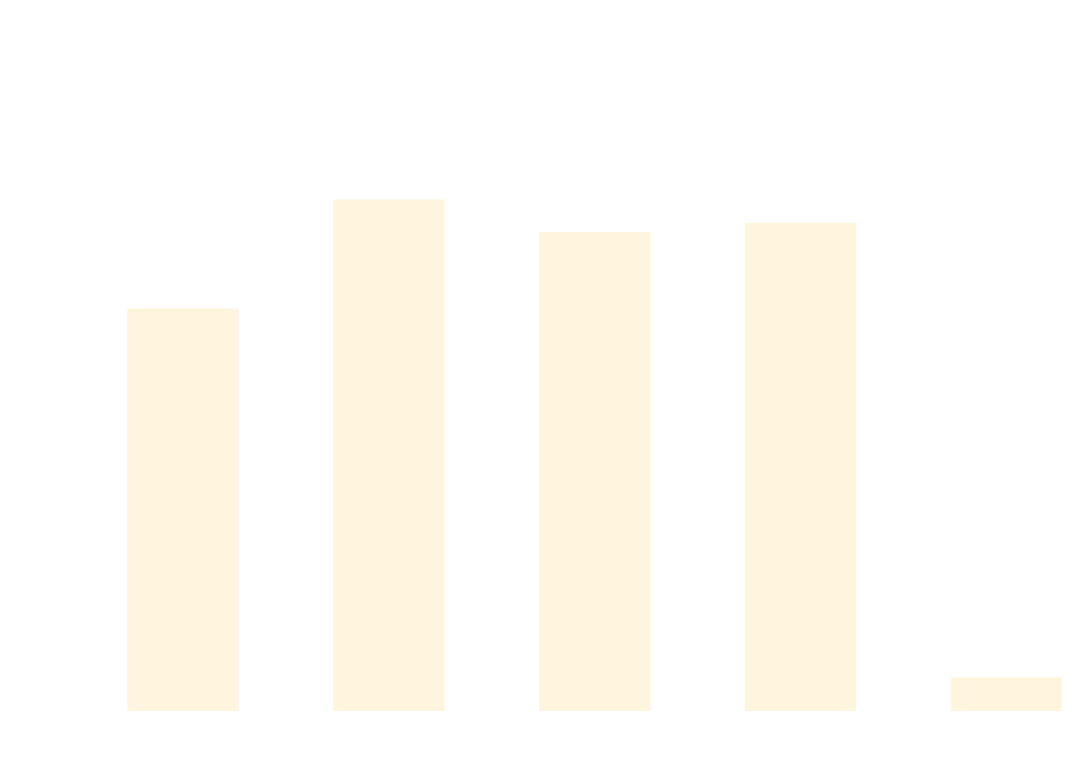
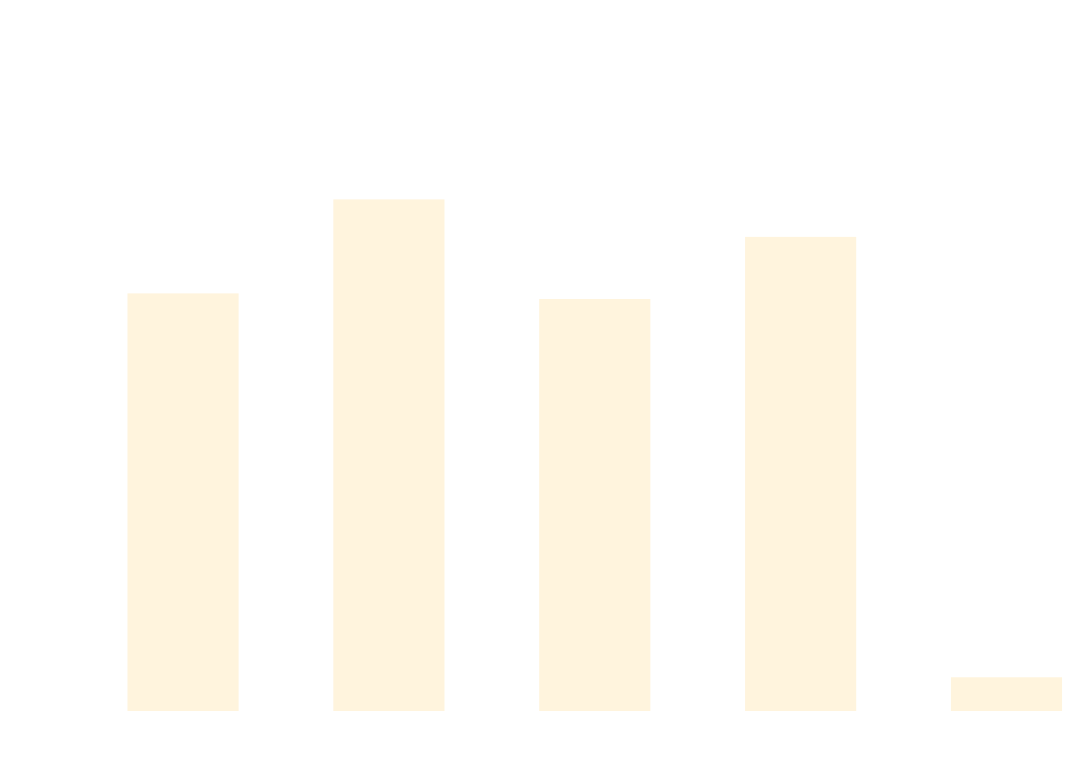
The diagram in docs/docs/benchmarks/DataDrivenTests.md (thomhurst/TUnit), drawn with Mermaid before and after one commit. The commit also changed other lines of this file and 17 other files, not shown here.

````diff
--- a/docs/docs/benchmarks/DataDrivenTests.md
+++ b/docs/docs/benchmarks/DataDrivenTests.md
@@ -27,37 +27,37 @@
 ```mermaid
 %%{init: {
   'theme':'base',
   'themeVariables': {
     'primaryColor': '#2563eb',
     'primaryTextColor': '#ffffff',
     'primaryBorderColor': '#1e40af',
     'lineColor': '#6b7280',
     'secondaryColor': '#7c3aed',
     'tertiaryColor': '#dc2626',
     'background': '#ffffff',
     'mainBkg': '#2563eb',
     'secondBkg': '#7c3aed',
     'tertiaryBkg': '#dc2626',
     'clusterBkg': '#f3f4f6',
     'edgeLabelBackground': '#ffffff',
     'tertiaryTextColor': '#1f2937',
     'pie1': '#2563eb',
     'pie2': '#7c3aed',
     'pie3': '#dc2626',
     'pie4': '#f59e0b',
     'pie5': '#10b981',
     'pie6': '#06b6d4',
     'pie7': '#ec4899',
     'pie8': '#6366f1',
     'pie9': '#84cc16',
     'pie10': '#f97316',
     'pie11': '#14b8a6',
     'pie12': '#a855f7'
   }
 }}%%
 xychart-beta
   title "DataDrivenTests Performance Comparison"
   x-axis ["TUnit", "NUnit", "MSTest", "xUnit3", "TUnit_AOT"]
-  y-axis "Time (ms)" 0 --> 786
-  bar [511.2, 654.61, 612.1, 623.96, 25.28]
+  y-axis "Time (ms)" 0 --> 743
+  bar [501.99, 619, 495.02, 572.33, 24.25]
 ```
````
